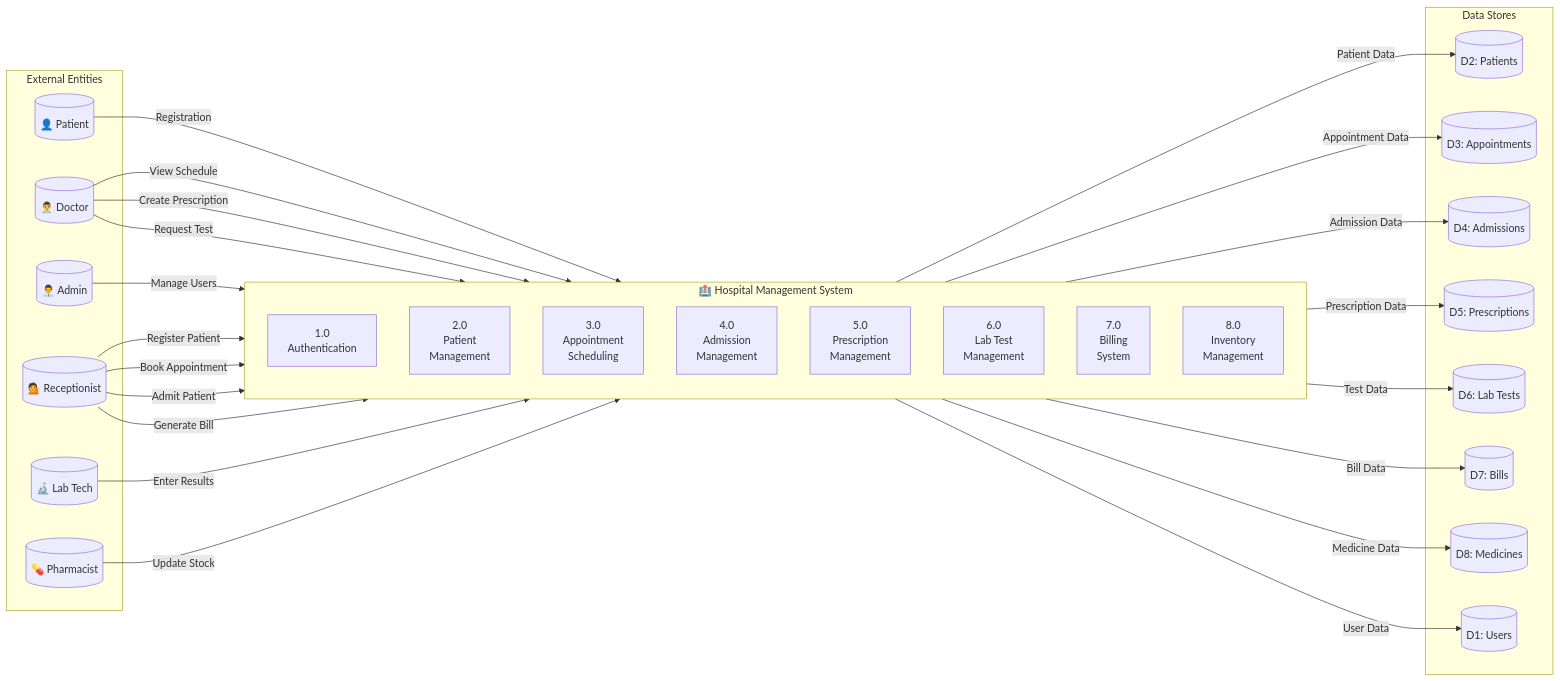
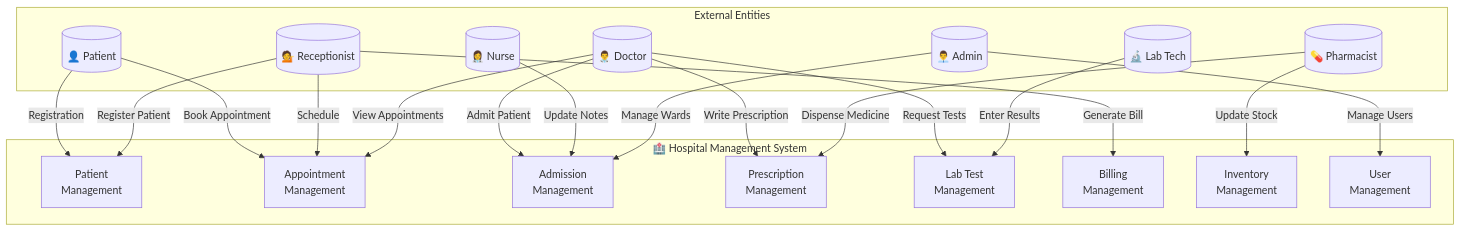
Before and after one commit to sarang-sketch/SarangKadam_125_TYCSEA_HospitalManagementSystem-: the third of 3 diagrams in README.md, drawn with Mermaid. The commit also changed other lines of this file and 97 other files, not shown here.

Commit message:
Add complete HMS web application with professional documentation and ER diagrams

````diff
--- a/README.md
+++ b/README.md
@@ -479,61 +412,39 @@
 ```mermaid
-flowchart LR
+flowchart TB
     subgraph External["External Entities"]
         P[("👤 Patient")]
         D[("👨‍⚕️ Doctor")]
-        A[("👨‍💼 Admin")]
+        N[("👩‍⚕️ Nurse")]
         R[("💁 Receptionist")]
         L[("🔬 Lab Tech")]
         PH[("💊 Pharmacist")]
+        A[("👨‍💼 Admin")]
     end
     
     subgraph HMS["🏥 Hospital Management System"]
-        direction TB
-        AUTH["1.0<br/>Authentication"]
-        PM["2.0<br/>Patient<br/>Management"]
-        APT["3.0<br/>Appointment<br/>Scheduling"]
-        ADM["4.0<br/>Admission<br/>Management"]
-        RX["5.0<br/>Prescription<br/>Management"]
-        LAB["6.0<br/>Lab Test<br/>Management"]
-        BILL["7.0<br/>Billing<br/>System"]
-        INV["8.0<br/>Inventory<br/>Management"]
+        PM["Patient\nManagement"]
+        AM["Appointment\nManagement"]
+        ADM["Admission\nManagement"]
+        PRE["Prescription\nManagement"]
+        LAB["Lab Test\nManagement"]
+        BIL["Billing\nManagement"]
+        INV["Inventory\nManagement"]
+        USR["User\nManagement"]
     end
     
-    subgraph DataStores["Data Stores"]
-        DS1[("D1: Users")]
-        DS2[("D2: Patients")]
-        DS3[("D3: Appointments")]
-        DS4[("D4: Admissions")]
-        DS5[("D5: Prescriptions")]
-        DS6[("D6: Lab Tests")]
-        DS7[("D7: Bills")]
-        DS8[("D8: Medicines")]
-    end
-    
-    P -->|Registration| PM
-    R -->|Register Patient| PM
-    PM -->|Patient Data| DS2
-    
-    R -->|Book Appointment| APT
-    D -->|View Schedule| APT
-    APT -->|Appointment Data| DS3
-    
-    R -->|Admit Patient| ADM
-    ADM -->|Admission Data| DS4
-    
-    D -->|Create Prescription| RX
-    RX -->|Prescription Data| DS5
-    
-    D -->|Request Test| LAB
-    L -->|Enter Results| LAB
-    LAB -->|Test Data| DS6
-    
-    R -->|Generate Bill| BILL
-    BILL -->|Bill Data| DS7
-    
-    PH -->|Update Stock| INV
-    INV -->|Medicine Data| DS8
-    
-    A -->|Manage Users| AUTH
-    AUTH -->|User Data| DS1
+    P -->|"Registration"| PM
+    P -->|"Book Appointment"| AM
+    R -->|"Register Patient"| PM
+    R -->|"Schedule"| AM
+    R -->|"Generate Bill"| BIL
+    D -->|"View Appointments"| AM
+    D -->|"Write Prescription"| PRE
+    D -->|"Request Tests"| LAB
+    D -->|"Admit Patient"| ADM
+    N -->|"Update Notes"| ADM
+    L -->|"Enter Results"| LAB
+    PH -->|"Dispense Medicine"| PRE
+    PH -->|"Update Stock"| INV
+    A -->|"Manage Users"| USR
+    A -->|"Manage Wards"| ADM
 ```
````
